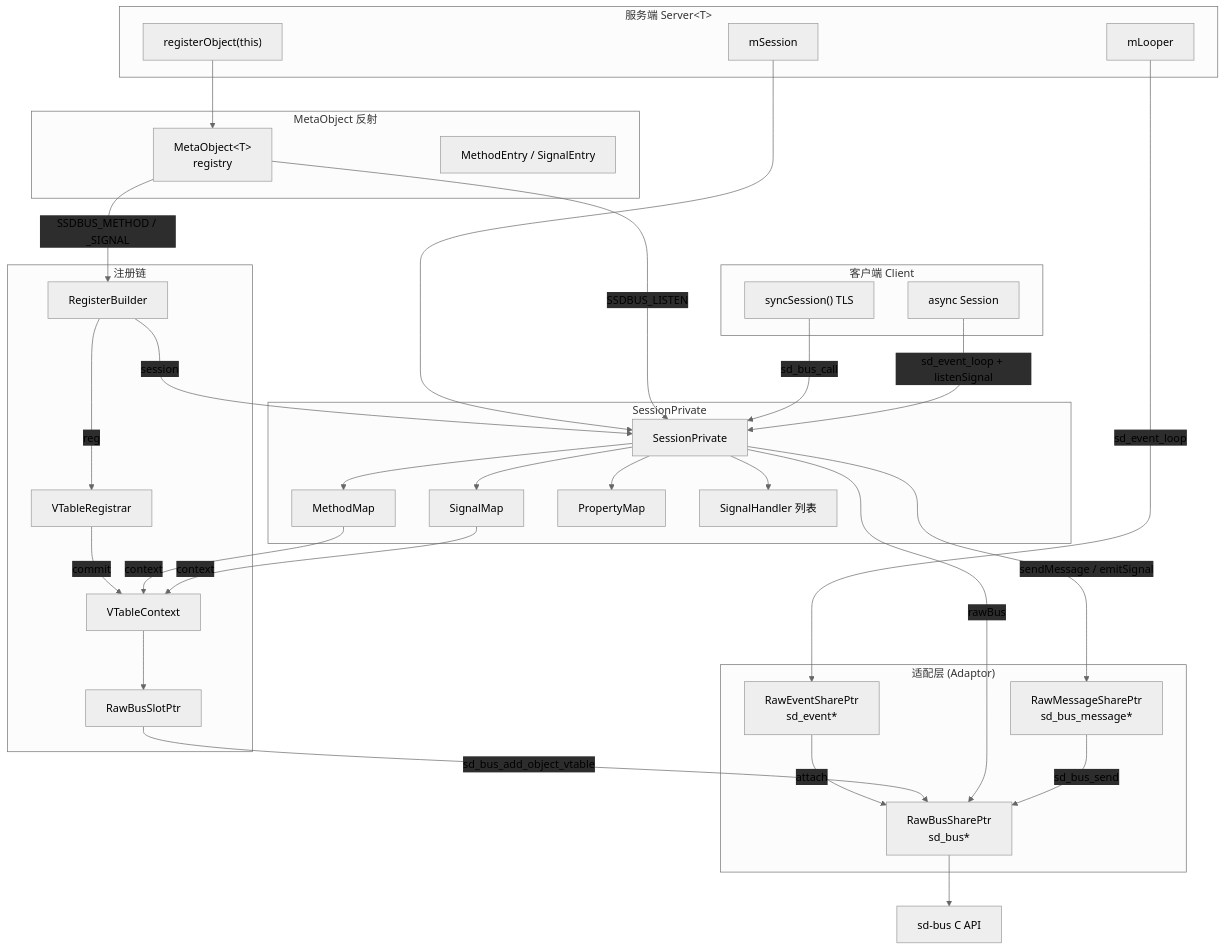
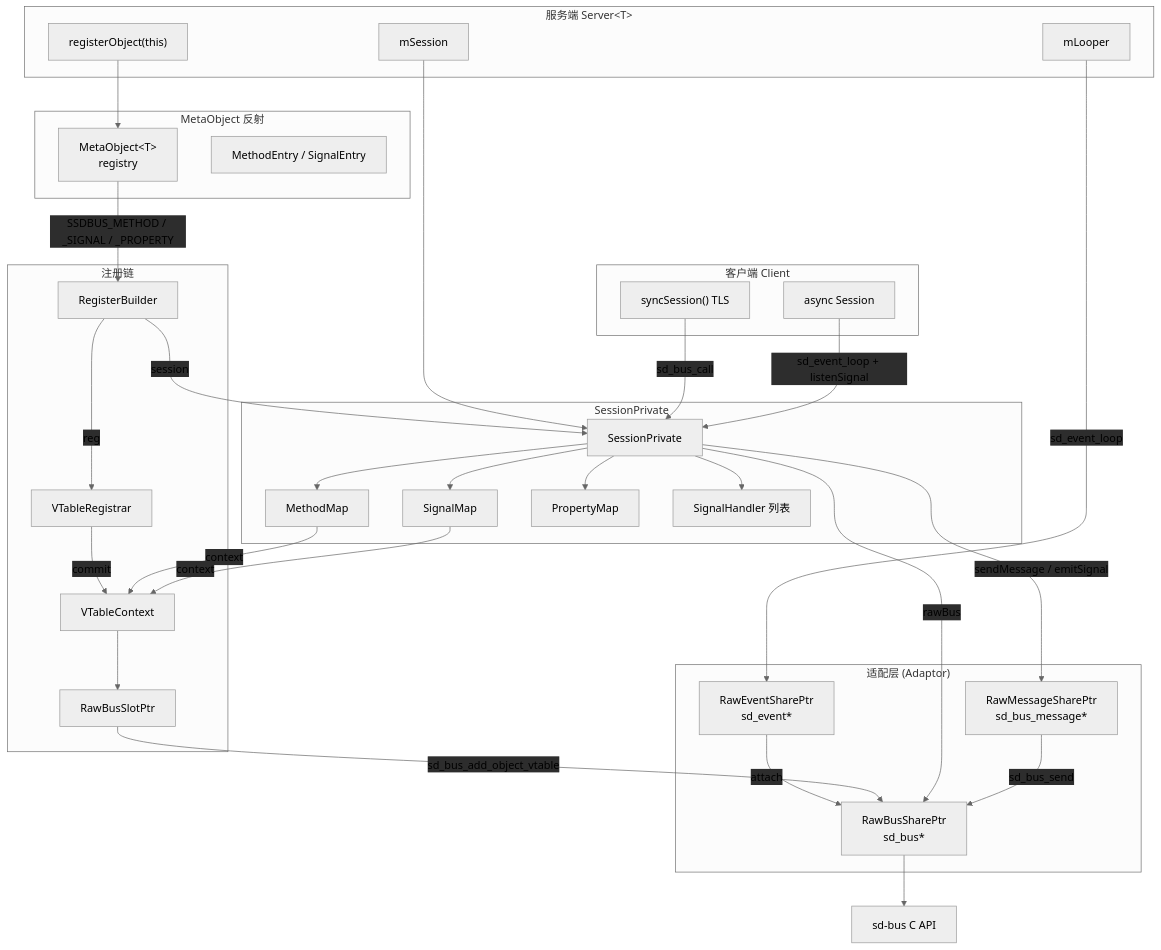
Before and after one commit to soul-science/dbusxx: the second of 2 diagrams in plan.md, drawn with Mermaid. The commit also changed other lines of this file and 24 other files, not shown here.

````diff
--- a/plan.md
+++ b/plan.md
@@ -199,69 +202,68 @@
 ```mermaid
 %%{init: {'theme': 'neutral', 'themeVariables': { 'edgeLabelBackground':'#2d2d2d' }}}%%
 graph TD
     subgraph 服务端["服务端 Server&lt;T&gt;"]
         S_Session["mSession"]
         S_Looper["mLooper"]
         S_RO["registerObject(this)"]
     end
 
     subgraph 客户端["客户端 Client"]
         C_Sync["syncSession() TLS"]
         C_Async["async Session"]
     end
 
     subgraph 核心["SessionPrivate"]
         SP["SessionPrivate"]
         MM["MethodMap"]
         SM["SignalMap"]
         PropM["PropertyMap"]
         SigH["SignalHandler 列表"]
     end
 
     subgraph 注册链["注册链"]
         RB["RegisterBuilder"]
         VReg["VTableRegistrar"]
         VCTX["VTableContext"]
         Slot["RawBusSlotPtr"]
     end
 
     subgraph 适配层["适配层 (Adaptor)"]
         RawBus["RawBusSharePtr<br/>sd_bus*"]
         RawMsg["RawMessageSharePtr<br/>sd_bus_message*"]
         RawEvent["RawEventSharePtr<br/>sd_event*"]
     end
 
     subgraph 反射["MetaObject 反射"]
         MO["MetaObject&lt;T&gt;<br/>registry"]
         Entry["MethodEntry / SignalEntry"]
     end
 
     S_Session --> SP
     S_Looper -->|sd_event_loop| RawEvent
     RawEvent -->|attach| RawBus
     S_RO --> MO
 
-    MO -->|SSDBUS_METHOD / _SIGNAL| RB
-    MO -->|SSDBUS_LISTEN| SP
+    MO -->|SSDBUS_METHOD / _SIGNAL / _PROPERTY| RB
     RB -->|session| SP
     RB -->|reg| VReg
     VReg -->|commit| VCTX
     VCTX --> Slot
     Slot -->|sd_bus_add_object_vtable| RawBus
 
     SP -->|rawBus| RawBus
     SP -->|sendMessage / emitSignal| RawMsg
     RawMsg -->|sd_bus_send| RawBus
     RawBus --> sd_bus["sd-bus C API"]
 
     SP --> MM
     SP --> SM
     SP --> PropM
     SP --> SigH
 
     MM -->|context| VCTX
     SM -->|context| VCTX
 
     C_Sync -->|sd_bus_call| SP
     C_Async -->|sd_event_loop + listenSignal| SP
 ```
````
